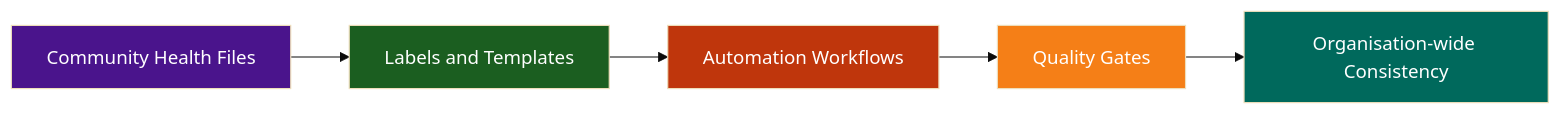
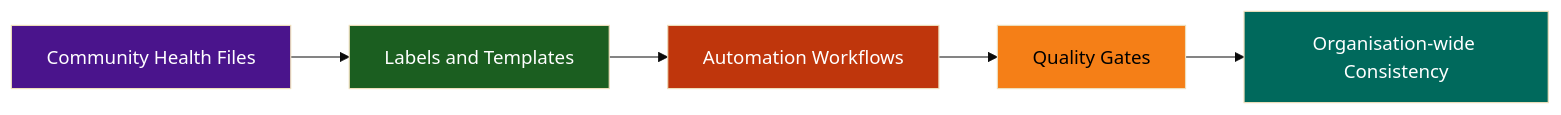
Before and after one commit to lightspeedwp/.github: the first of 2 diagrams in README.md, drawn with Mermaid (base theme). The commit also changed other lines of this file and 28 other files, not shown here.

First line of the commit message:
fix: Improve Mermaid diagram color contrast for WCAG AA compliance

````diff
--- a/README.md
+++ b/README.md
@@ -72,15 +72,15 @@
 ```mermaid
 graph LR
   accTitle: graph diagram
   accDescr: graph flowchart
     A["Community Health Files"] --> B["Labels and Templates"]
     B --> C["Automation Workflows"]
     C --> D["Quality Gates"]
     D --> E["Organisation-wide Consistency"]
 
     style A fill:#4a148c,color:#fff
     style B fill:#1b5e20,color:#fff
     style C fill:#bf360c,color:#fff
-    style D fill:#f57f17,color:#fff
+    style D fill:#f57f17,color:#000
     style E fill:#00695c,color:#fff
 ```
````
